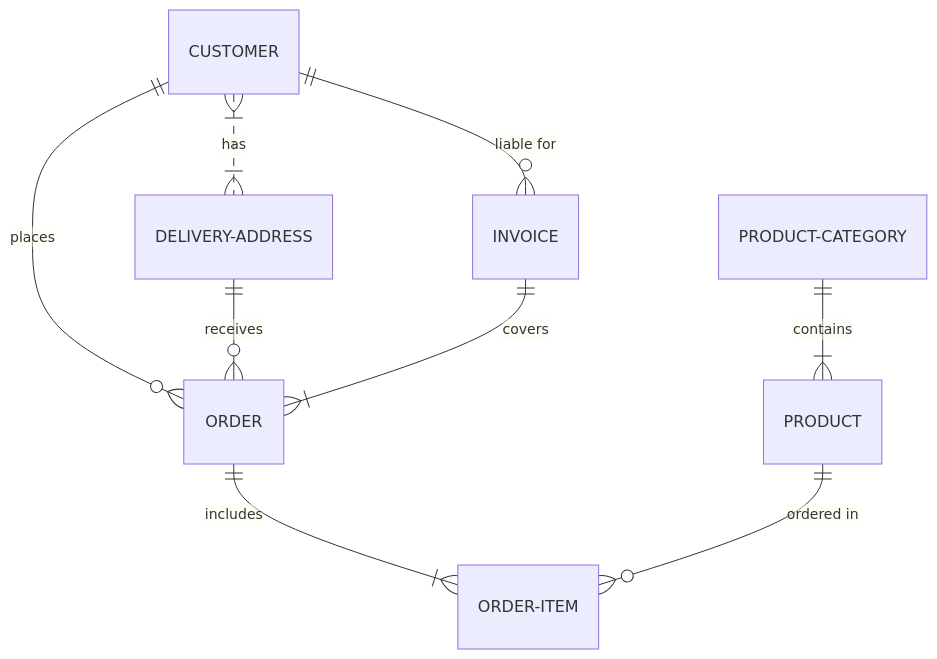
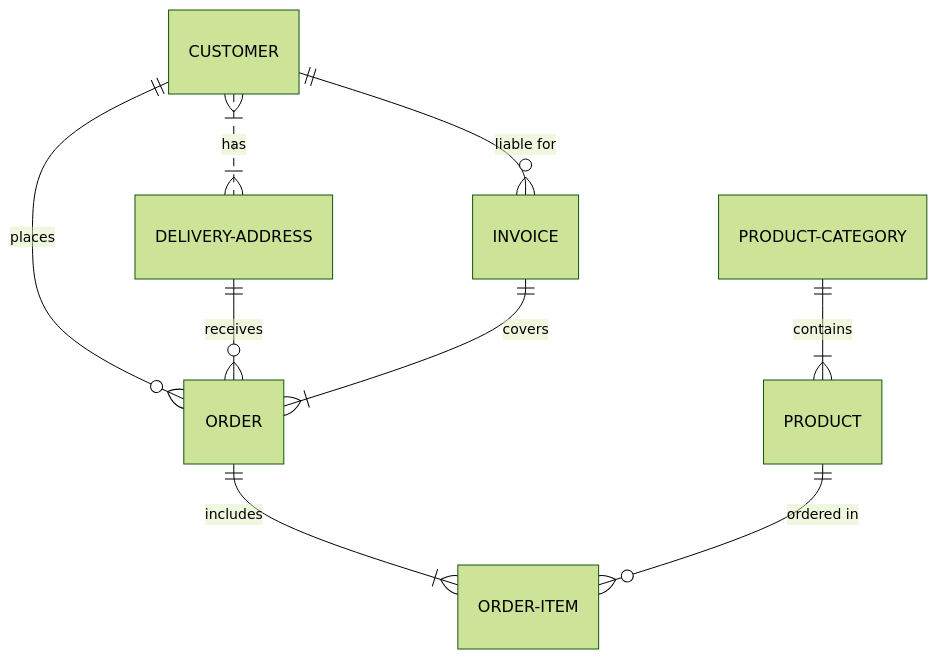
The sixth of 14 diagrams in content/4-shortcodes/08-defaults/mermaid.en.md (russfeld/ksucs-hugo), drawn with Mermaid before and after one commit. The commit also changed other lines of this file and 36 other files, not shown here.

```diff
--- a/content/4-shortcodes/08-defaults/mermaid.en.md
+++ b/content/4-shortcodes/08-defaults/mermaid.en.md
@@ -266,11 +272,12 @@
 {{< mermaid >}}
+%%{init:{"theme":"forest"}}%%
 erDiagram
     CUSTOMER }|..|{ DELIVERY-ADDRESS : has
     CUSTOMER ||--o{ ORDER : places
     CUSTOMER ||--o{ INVOICE : "liable for"
     DELIVERY-ADDRESS ||--o{ ORDER : receives
     INVOICE ||--|{ ORDER : covers
     ORDER ||--|{ ORDER-ITEM : includes
     PRODUCT-CATEGORY ||--|{ PRODUCT : contains
     PRODUCT ||--o{ ORDER-ITEM : "ordered in"
 {{< /mermaid >}}
```
